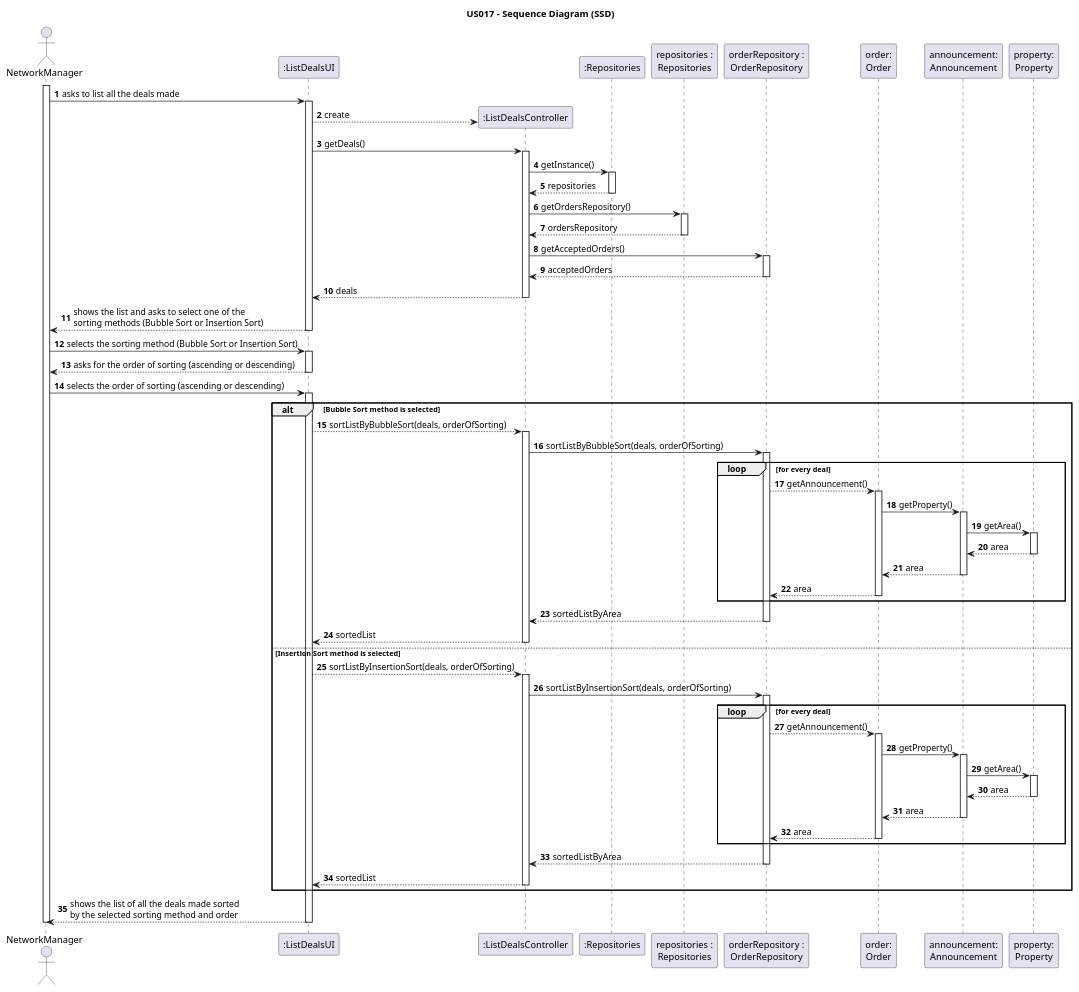
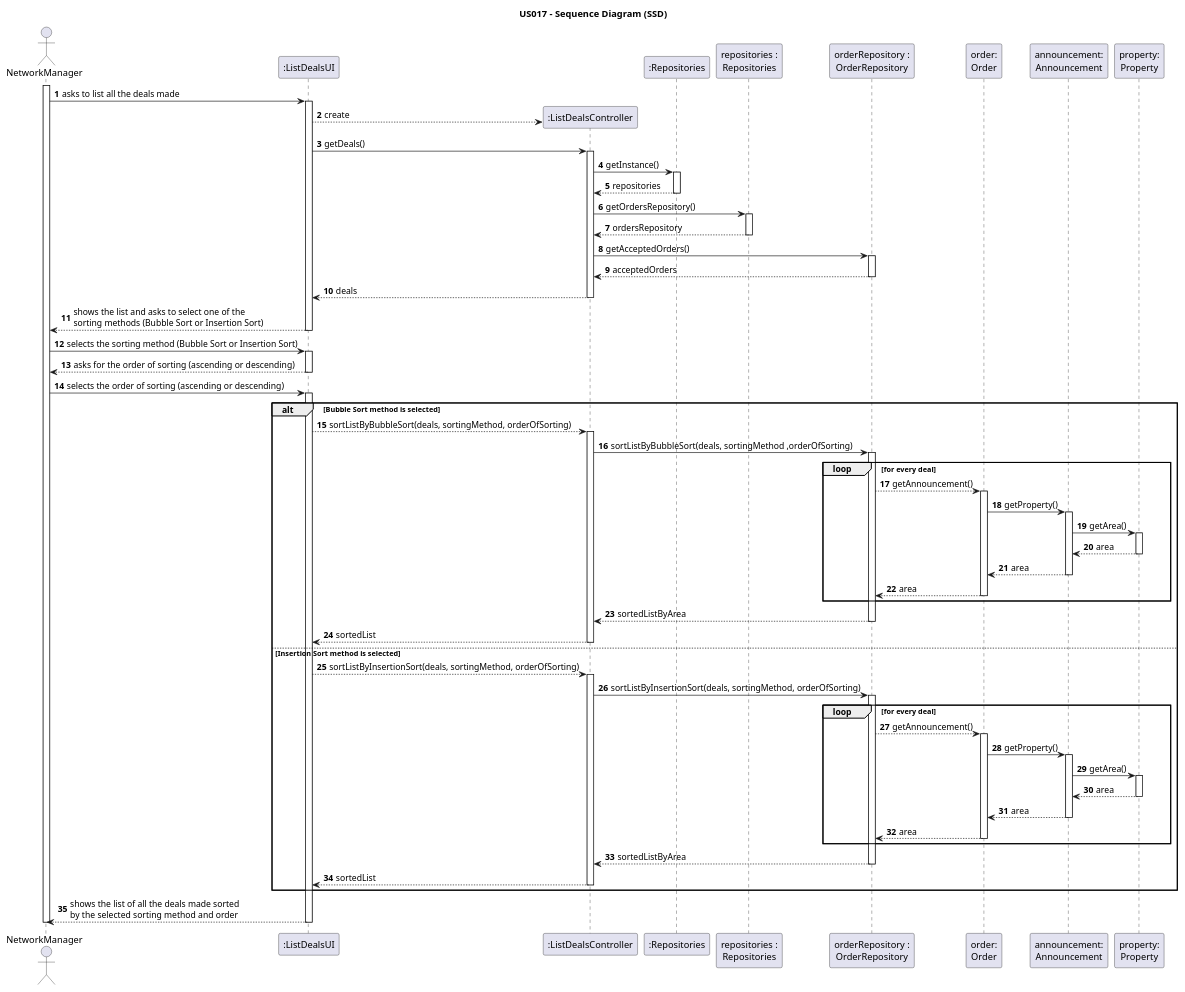
Before and after one commit to 1220812/LAPR2: the diagram in docs/sprintD/us017/03.design/puml/us017-sequence-diagram-full.puml, drawn with PlantUML. The commit also changed 12 other files, not shown here.

Commit message:
US017 sequence diagram and class diagram updated

```diff
--- a/docs/sprintD/us017/03.design/puml/us017-sequence-diagram-full.puml
+++ b/docs/sprintD/us017/03.design/puml/us017-sequence-diagram-full.puml
@@ -1,171 +1,171 @@
 @startuml
 autonumber
 
 title US017 - Sequence Diagram (SSD)
 
 actor "NetworkManager" as NM
 participant ":ListDealsUI" as UI
 participant ":ListDealsController" as Controller
 
 participant ":Repositories" as PLAT
 participant "repositories :\nRepositories" as REP
 participant "orderRepository :\nOrderRepository" as OR
 participant "order:\nOrder" as order
 participant "announcement:\nAnnouncement" as announcement
 participant "property:\nProperty" as property
 
 activate NM
 
     NM -> UI : asks to list all the deals made
 
     activate UI
 
     UI --> Controller** : create
 
     UI -> Controller : getDeals()
 
     activate Controller
 
     Controller -> PLAT : getInstance()
 
     activate PLAT
 
     PLAT --> Controller : repositories
 
     deactivate PLAT
 
     Controller -> REP : getOrdersRepository()
 
     activate REP
 
     REP --> Controller : ordersRepository
 
     deactivate REP
 
     Controller -> OR : getAcceptedOrders()
 
     activate OR
 
     OR --> Controller : acceptedOrders
 
     deactivate OR
 
     Controller --> UI : deals
 
     deactivate Controller
 
         UI --> NM : shows the list and asks to select one of the \nsorting methods (Bubble Sort or Insertion Sort)
 
     deactivate UI
 
     NM -> UI : selects the sorting method (Bubble Sort or Insertion Sort)
 
     activate UI
 
     UI --> NM : asks for the order of sorting (ascending or descending)
 
     deactivate UI
 
     NM -> UI : selects the order of sorting (ascending or descending)
      alt Bubble Sort method is selected
 
         activate UI
 
-        UI --> Controller : sortListByBubbleSort(deals, orderOfSorting)
+        UI --> Controller : sortListByBubbleSort(deals, sortingMethod, orderOfSorting)
 
         activate Controller
 
-        Controller -> OR : sortListByBubbleSort(deals, orderOfSorting)
+        Controller -> OR : sortListByBubbleSort(deals, sortingMethod ,orderOfSorting)
 
         activate OR
 
         loop for every deal
 
         OR --> order : getAnnouncement()
 
         activate order
 
         order -> announcement : getProperty()
 
         activate announcement
 
         announcement -> property : getArea()
 
         activate property
 
         property --> announcement : area
 
         deactivate property
 
         announcement --> order : area
 
         deactivate announcement
 
         order --> OR : area
 
         deactivate order
 
         end
 
         OR --> Controller : sortedListByArea
 
         deactivate OR
 
         Controller --> UI : sortedList
 
         deactivate Controller
 
      else Insertion Sort method is selected
 
-             UI --> Controller : sortListByInsertionSort(deals, orderOfSorting)
+             UI --> Controller : sortListByInsertionSort(deals, sortingMethod, orderOfSorting)
 
              activate Controller
 
-             Controller -> OR : sortListByInsertionSort(deals, orderOfSorting)
+             Controller -> OR : sortListByInsertionSort(deals, sortingMethod, orderOfSorting)
 
              activate OR
 
              loop for every deal
 
                      OR --> order : getAnnouncement()
 
                      activate order
 
                      order -> announcement : getProperty()
 
                      activate announcement
 
                      announcement -> property : getArea()
 
                      activate property
 
                      property --> announcement : area
 
                      deactivate property
 
                      announcement --> order : area
 
                      deactivate announcement
 
                      order --> OR : area
 
                      deactivate order
 
                      end
 
              OR --> Controller : sortedListByArea
 
              deactivate OR
 
              Controller --> UI : sortedList
 
              deactivate Controller
      end
 
     UI --> NM : shows the list of all the deals made sorted \nby the selected sorting method and order
 
     deactivate UI
 
 deactivate NM
 
 @enduml
```
